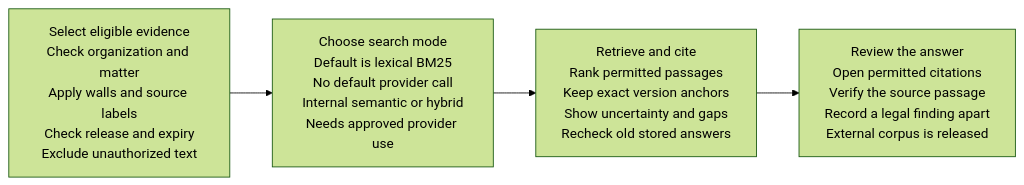
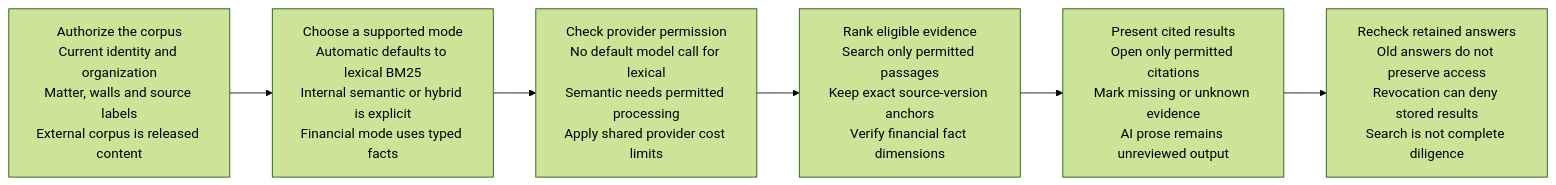
One commit to RamiJaloudi/project-kestrel changed the diagram in backend/kestrel/data/resource_library/Search_Architecture.mmd. Above: the diagram before and after it, drawn with Mermaid (forest theme). The commit also changed 454 other files, not shown here.

Commit message:
Organize guides and consolidate architecture and data diagrams

```diff
--- a/backend/kestrel/data/resource_library/Search_Architecture.mmd
+++ b/backend/kestrel/data/resource_library/Search_Architecture.mmd
@@ -1,8 +1,12 @@
 flowchart LR
-  S0["Select eligible evidence<br/>Check organization and matter<br/>Apply walls and source labels<br/>Check release and expiry<br/>Exclude unauthorized text"]
-  S1["Choose search mode<br/>Default is lexical BM25<br/>No default provider call<br/>Internal semantic or hybrid<br/>Needs approved provider use"]
-  S0 --> S1
-  S2["Retrieve and cite<br/>Rank permitted passages<br/>Keep exact version anchors<br/>Show uncertainty and gaps<br/>Recheck old stored answers"]
-  S1 --> S2
-  S3["Review the answer<br/>Open permitted citations<br/>Verify the source passage<br/>Record a legal finding apart<br/>External corpus is released"]
-  S2 --> S3
+  N1["Authorize the corpus<br/>Current identity and organization<br/>Matter, walls and source labels<br/>External corpus is released content"]
+  N2["Choose a supported mode<br/>Automatic defaults to lexical BM25<br/>Internal semantic or hybrid is explicit<br/>Financial mode uses typed facts"]
+  N3["Check provider permission<br/>No default model call for lexical<br/>Semantic needs permitted processing<br/>Apply shared provider cost limits"]
+  N4["Rank eligible evidence<br/>Search only permitted passages<br/>Keep exact source-version anchors<br/>Verify financial fact dimensions"]
+  N5["Present cited results<br/>Open only permitted citations<br/>Mark missing or unknown evidence<br/>AI prose remains unreviewed output"]
+  N6["Recheck retained answers<br/>Old answers do not preserve access<br/>Revocation can deny stored results<br/>Search is not complete diligence"]
+  N1 --> N2
+  N2 --> N3
+  N3 --> N4
+  N4 --> N5
+  N5 --> N6
```
